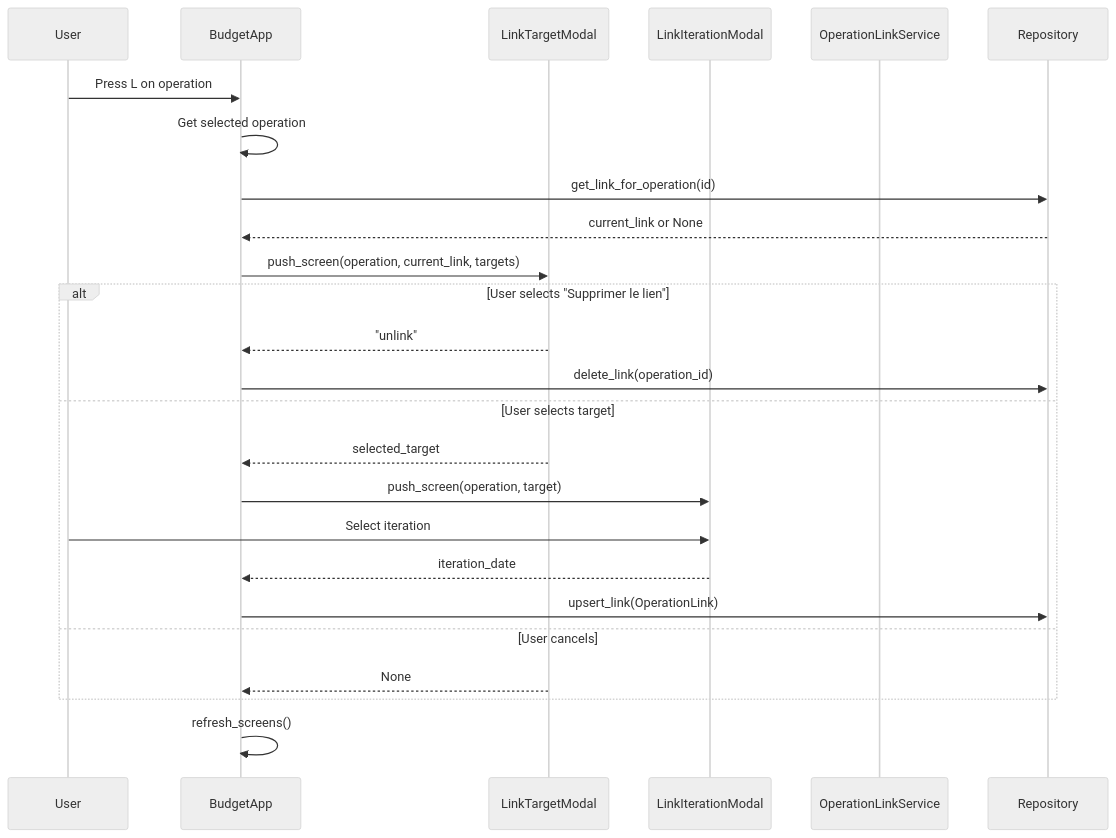
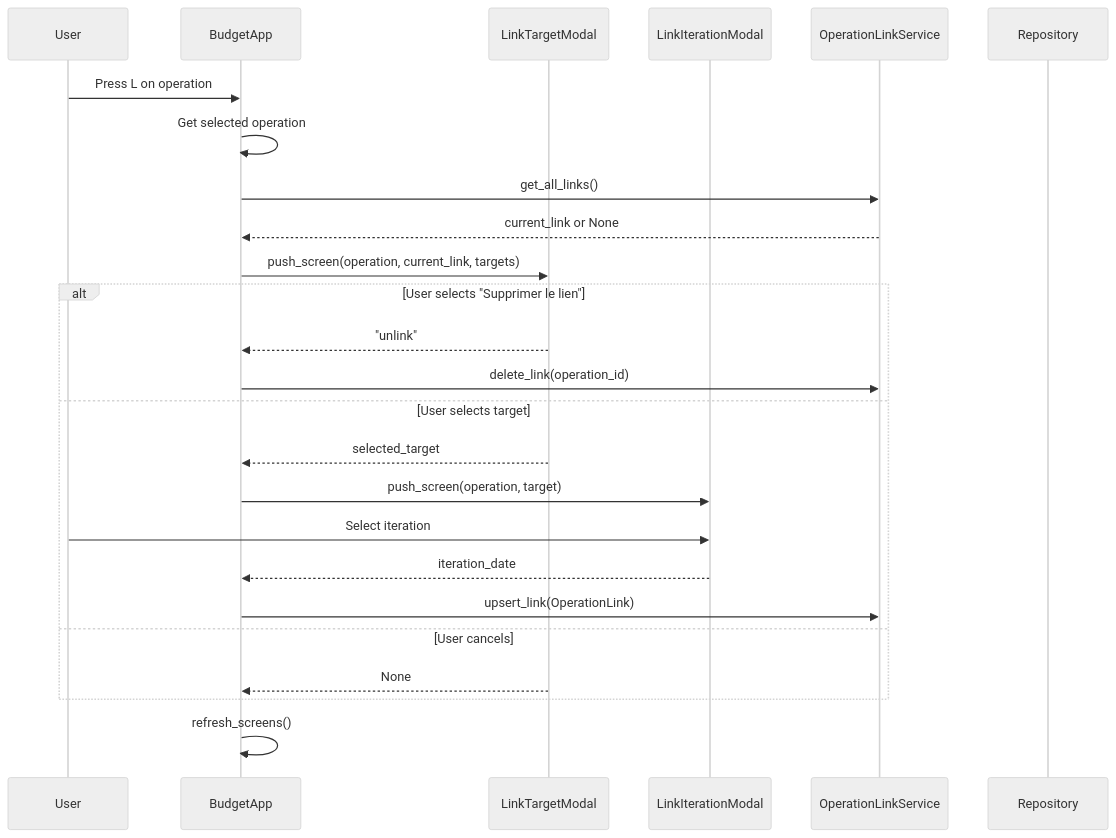
The fifth of 8 diagrams in docs/dev/operation-links.md (corentin-core/budget-forecaster), drawn with Mermaid (neutral theme) before and after one commit. The commit also changed other lines of this file and 2 other files, not shown here.

Commit message:
refactor: route link operations through OperationLinkService
- Add upsert_link() and delete_link() methods to OperationLinkService
- Update TUI to use service instead of repository directly
- Update documentation diagrams to reflect architecture

````diff
--- a/docs/dev/operation-links.md
+++ b/docs/dev/operation-links.md
@@ -294,30 +298,30 @@
 ```mermaid
 sequenceDiagram
     participant User
     participant TUI as BudgetApp
     participant LTM as LinkTargetModal
     participant LIM as LinkIterationModal
     participant OLS as OperationLinkService
     participant Repo as Repository
 
     User->>TUI: Press L on operation
     TUI->>TUI: Get selected operation
-    TUI->>Repo: get_link_for_operation(id)
-    Repo-->>TUI: current_link or None
+    TUI->>OLS: get_all_links()
+    OLS-->>TUI: current_link or None
     TUI->>LTM: push_screen(operation, current_link, targets)
 
     alt User selects "Supprimer le lien"
         LTM-->>TUI: "unlink"
-        TUI->>Repo: delete_link(operation_id)
+        TUI->>OLS: delete_link(operation_id)
     else User selects target
         LTM-->>TUI: selected_target
         TUI->>LIM: push_screen(operation, target)
         User->>LIM: Select iteration
         LIM-->>TUI: iteration_date
-        TUI->>Repo: upsert_link(OperationLink)
+        TUI->>OLS: upsert_link(OperationLink)
     else User cancels
         LTM-->>TUI: None
     end
 
     TUI->>TUI: refresh_screens()
 ```
````
